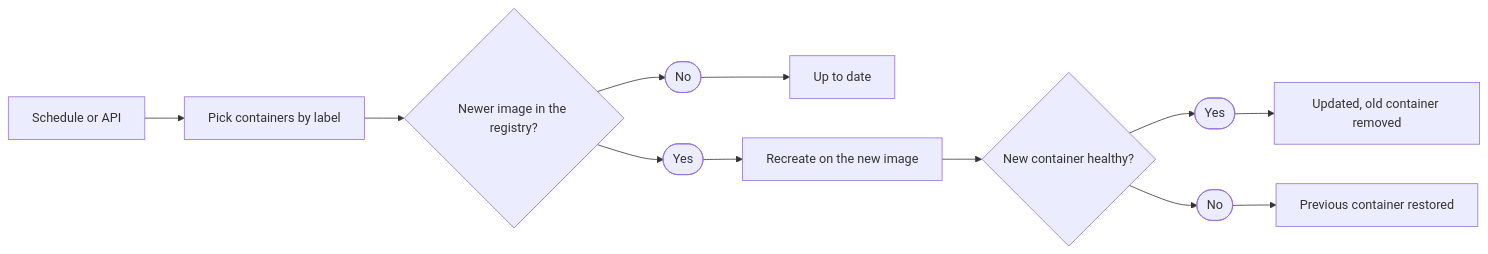
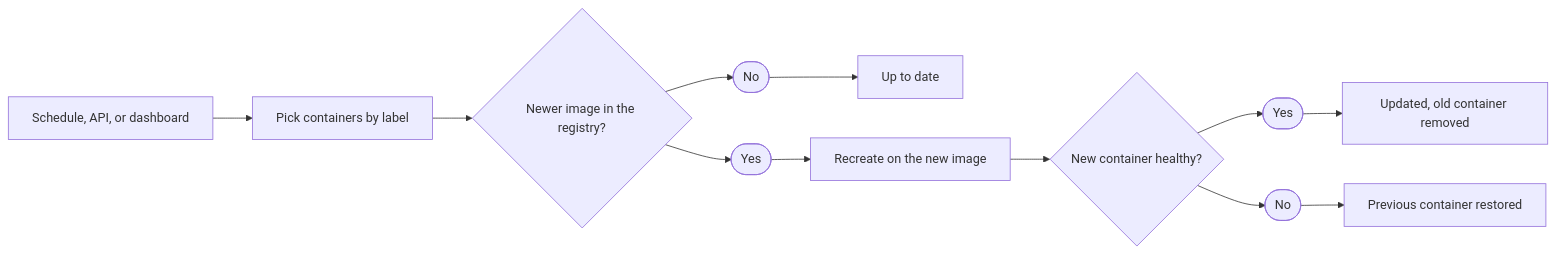
One commit to cbnventures/outpost changed the diagram in apps/docs/docs/overview.mdx. Above: the diagram before and after it, drawn with Mermaid. The commit also changed other lines of this file and 359 other files, not shown here.

````diff
--- a/apps/docs/docs/overview.mdx
+++ b/apps/docs/docs/overview.mdx
@@ -49,10 +50,10 @@
 ```mermaid
 flowchart LR
-    Trigger[Schedule or API] --> Select[Pick containers by label]
+    Trigger[Schedule, API, or dashboard] --> Select[Pick containers by label]
     Select --> Check{Newer image in the registry?}
     Check --> No([No]):::muted --> Current[Up to date]
     Check --> Yes([Yes]):::muted --> Swap[Recreate on the new image]
     Swap --> Healthy{New container healthy?}
     Healthy --> Ok([Yes]):::muted --> Updated[Updated, old container removed]
     Healthy --> Bad([No]):::muted --> Restore[Previous container restored]
 ```
````
